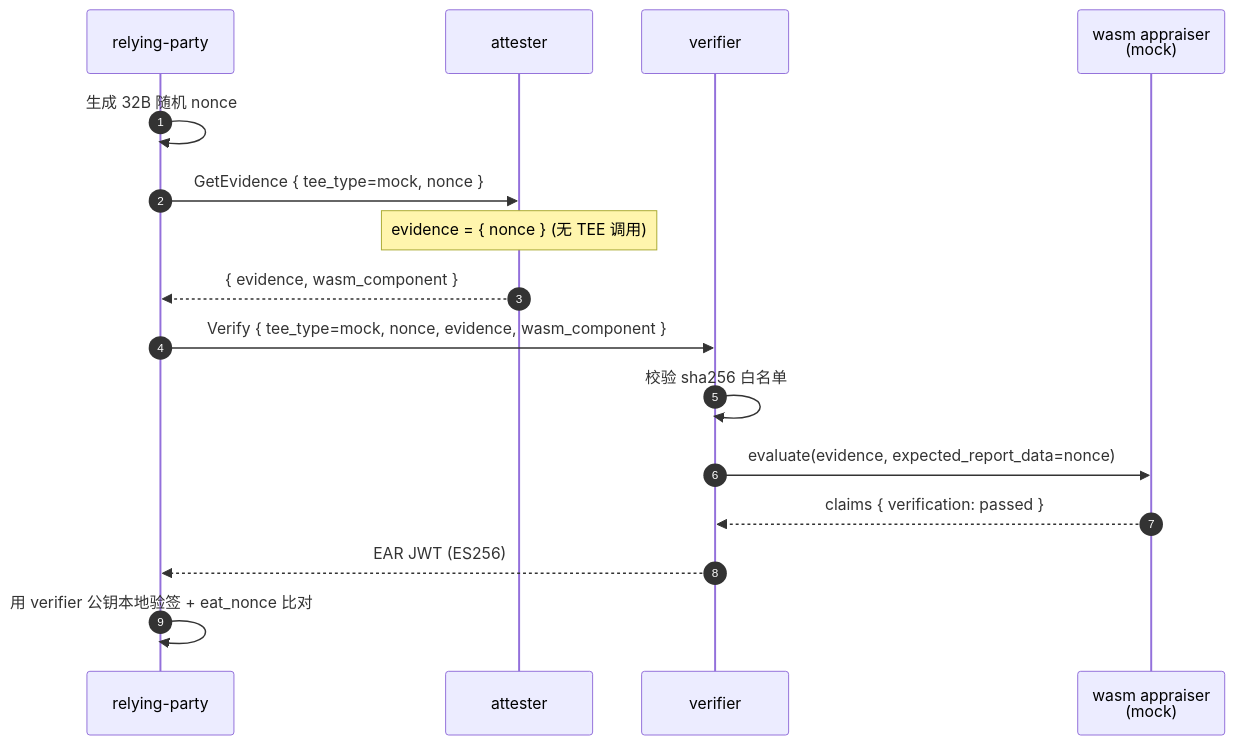
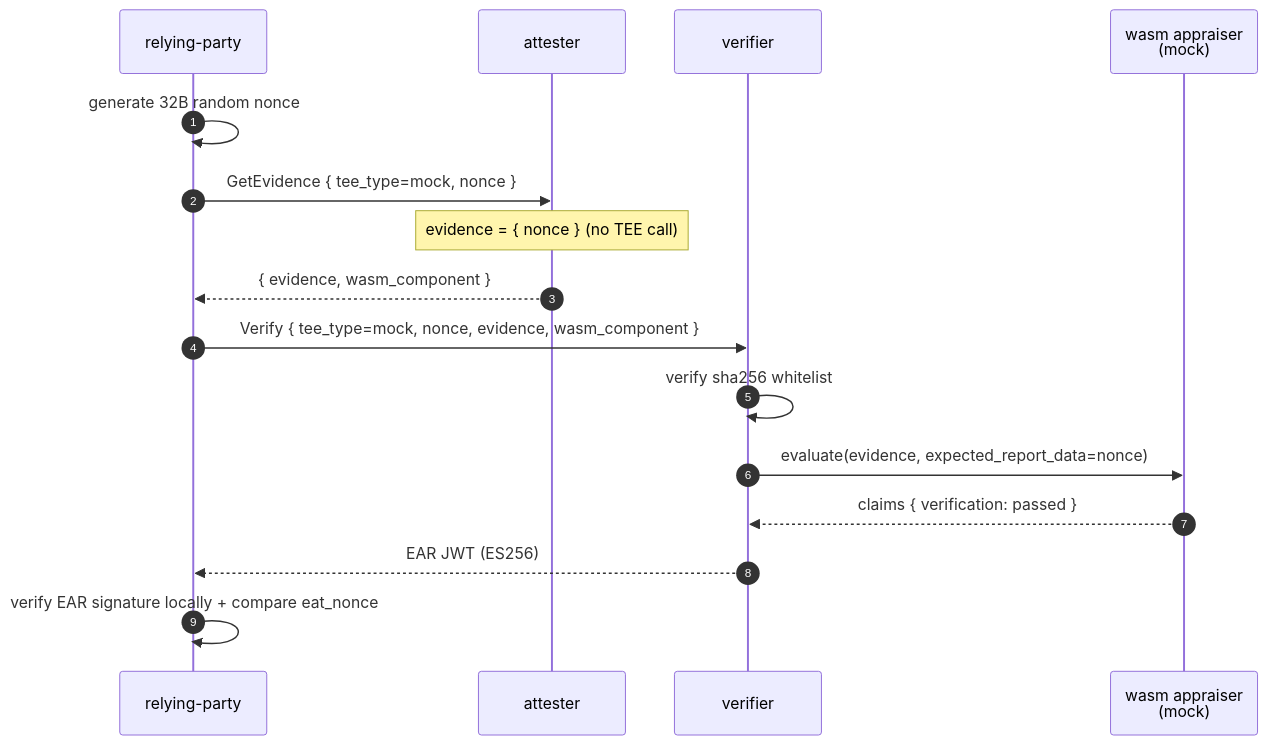
One commit to Zoneshiyi/unified-attestation changed the first of 2 diagrams in README.md. Above: the diagram before and after it, drawn with Mermaid. The commit also changed other lines of this file and 17 other files, not shown here.

````diff
--- a/README.md
+++ b/README.md
@@ -77,21 +67,21 @@
 ```mermaid
 sequenceDiagram
     autonumber
     participant RP as relying-party
     participant At as attester
     participant V as verifier
     participant W as wasm appraiser<br/>(mock)
 
-    RP->>RP: 生成 32B 随机 nonce
+    RP->>RP: generate 32B random nonce
     RP->>At: GetEvidence { tee_type=mock, nonce }
-    Note over At: evidence = { nonce } (无 TEE 调用)
+    Note over At: evidence = { nonce } (no TEE call)
     At-->>RP: { evidence, wasm_component }
 
     RP->>V: Verify { tee_type=mock, nonce, evidence, wasm_component }
-    V->>V: 校验 sha256 白名单
+    V->>V: verify sha256 whitelist
     V->>W: evaluate(evidence, expected_report_data=nonce)
     W-->>V: claims { verification: passed }
     V-->>RP: EAR JWT (ES256)
 
-    RP->>RP: 用 verifier 公钥本地验签 + eat_nonce 比对
+    RP->>RP: verify EAR signature locally + compare eat_nonce
 ```
````
